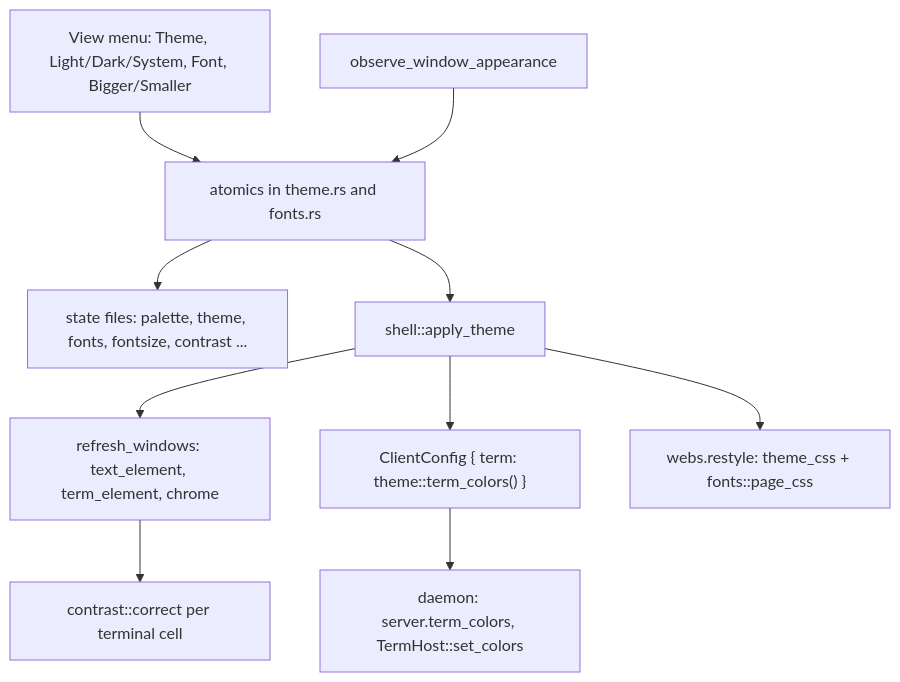
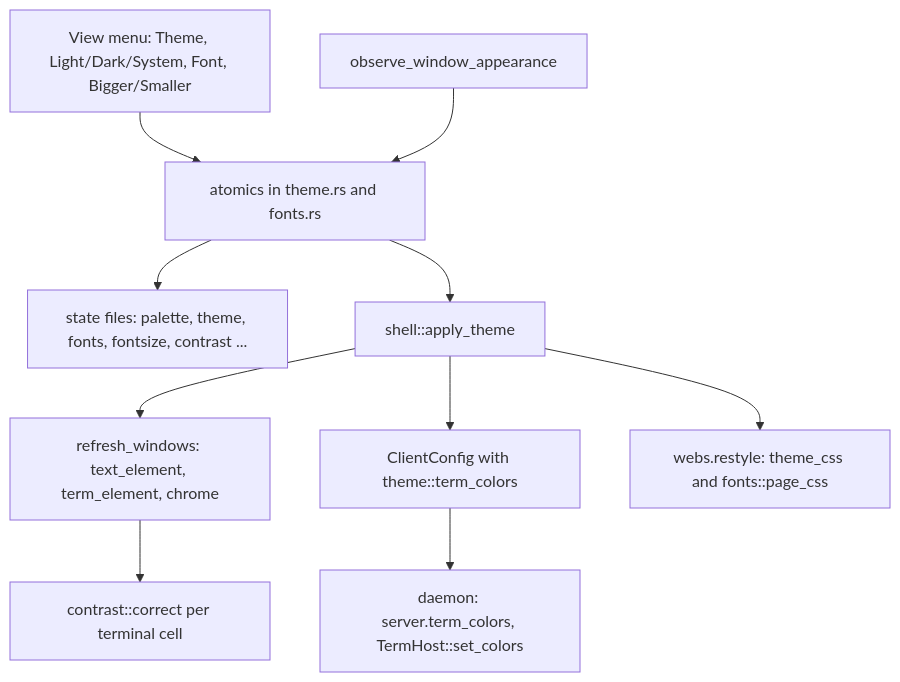
One commit to mariusae/apex changed the first of 2 diagrams in docs/wiki/themes-and-fonts.md. Above: the diagram before and after it, drawn with Mermaid. The commit also changed other lines of this file and 137 other files, not shown here.

````diff
--- a/docs/wiki/themes-and-fonts.md
+++ b/docs/wiki/themes-and-fonts.md
@@ -13,12 +15,12 @@
 ```mermaid
 flowchart TD
     Menu["View menu: Theme, Light/Dark/System, Font, Bigger/Smaller"] --> Atoms["atomics in theme.rs and fonts.rs"]
     Appearance["observe_window_appearance"] --> Atoms
     Atoms --> Files["state files: palette, theme, fonts, fontsize, contrast ..."]
     Atoms --> Apply["shell::apply_theme"]
     Apply --> Redraw["refresh_windows: text_element, term_element, chrome"]
-    Apply --> Config["ClientConfig { term: theme::term_colors() }"]
-    Apply --> Pages["webs.restyle: theme_css + fonts::page_css"]
+    Apply --> Config["ClientConfig with theme::term_colors"]
+    Apply --> Pages["webs.restyle: theme_css and fonts::page_css"]
     Config --> Daemon["daemon: server.term_colors, TermHost::set_colors"]
     Redraw --> Contrast["contrast::correct per terminal cell"]
 ```
````
